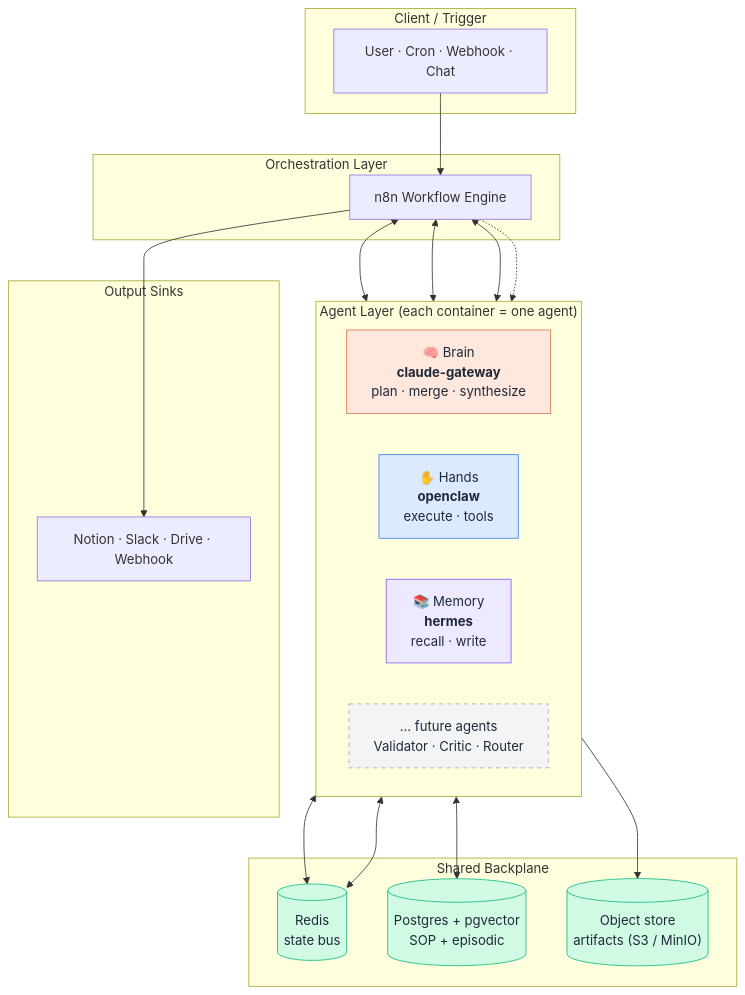
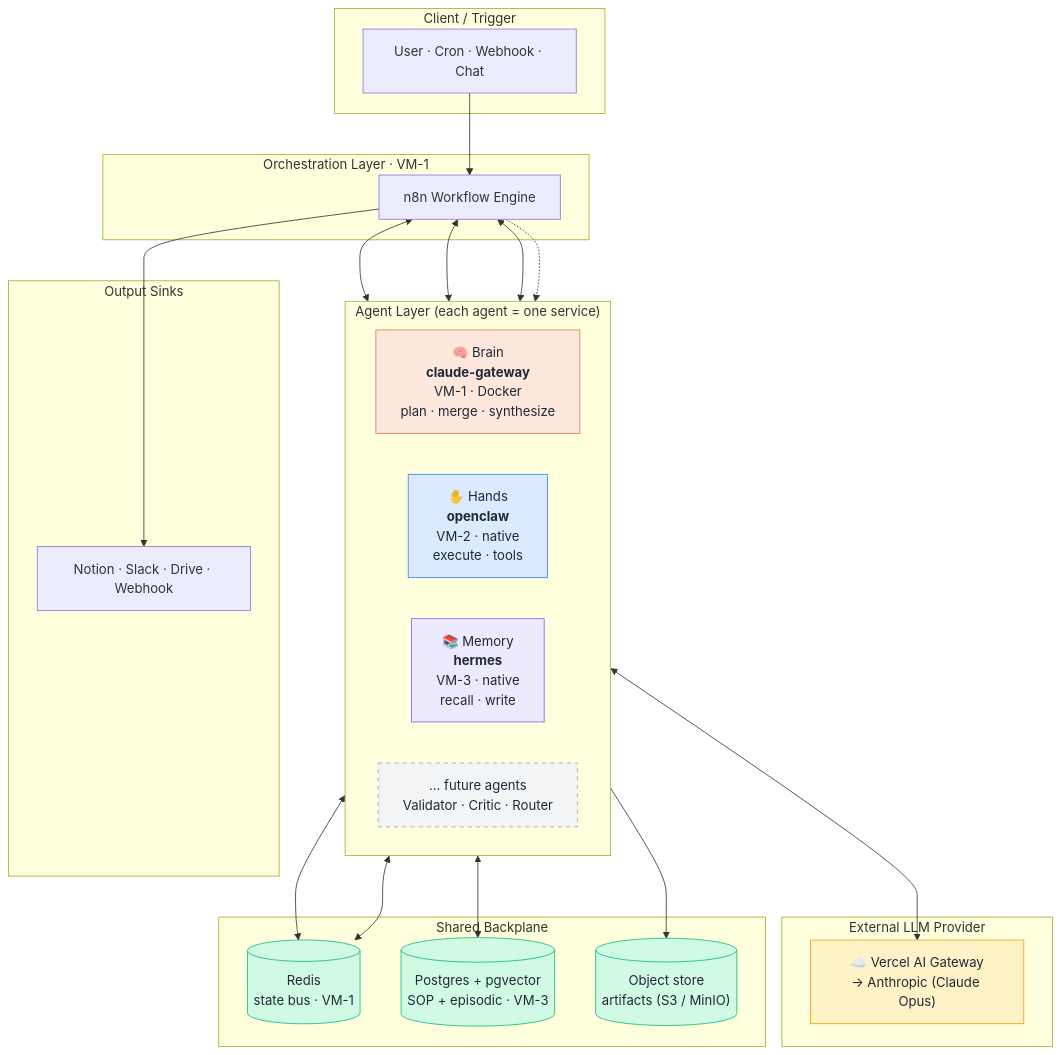
One commit to tonylnng/gateforge-loom changed the first of 6 diagrams in README.md. Above: the diagram before and after it, drawn with Mermaid. The commit also changed other lines of this file, not shown here.

First line of the commit message:
docs: 3-VM hybrid topology + Vercel AI Gateway + native install guides

````diff
--- a/README.md
+++ b/README.md
@@ -91,50 +108,57 @@
 ```mermaid
 flowchart TB
     subgraph Client["Client / Trigger"]
         U["User · Cron · Webhook · Chat"]
     end
 
-    subgraph Orchestration["Orchestration Layer"]
+    subgraph Orchestration["Orchestration Layer · VM-1"]
         N["n8n Workflow Engine"]
     end
 
-    subgraph Agents["Agent Layer (each container = one agent)"]
+    subgraph Agents["Agent Layer (each agent = one service)"]
         direction LR
-        B["🧠 Brain<br/><b>claude-gateway</b><br/>plan · merge · synthesize"]
-        H["✋ Hands<br/><b>openclaw</b><br/>execute · tools"]
-        M["📚 Memory<br/><b>hermes</b><br/>recall · write"]
-        F["… future agents<br/>Validator · Critic · Router"]
+        B["🧠 Brain<br/><b>claude-gateway</b><br/>VM-1 · Docker<br/>plan · merge · synthesize"]
+        H["✋ Hands<br/><b>openclaw</b><br/>VM-2 · native<br/>execute · tools"]
+        M["📚 Memory<br/><b>hermes</b><br/>VM-3 · native<br/>recall · write"]
+        FA["… future agents<br/>Validator · Critic · Router"]
+    end
+
+    subgraph External["External LLM Provider"]
+        V["☁️ Vercel AI Gateway<br/>→ Anthropic (Claude Opus)"]
     end
 
     subgraph Backplane["Shared Backplane"]
-        R[("Redis<br/>state bus")]
-        P[("Postgres + pgvector<br/>SOP + episodic")]
+        R[("Redis<br/>state bus · VM-1")]
+        P[("Postgres + pgvector<br/>SOP + episodic · VM-3")]
         S[("Object store<br/>artifacts (S3 / MinIO)")]
     end
 
     subgraph Sinks["Output Sinks"]
         O["Notion · Slack · Drive · Webhook"]
     end
 
     U --> N
     N <--> B
     N <--> H
     N <--> M
-    N -.-> F
+    N -.-> FA
+    B <--> V
     B <--> R
     H <--> R
     H --> S
     M <--> P
     N --> O
 
     classDef brain   fill:#FEE7DC,stroke:#D97757,color:#1F2937;
     classDef hands   fill:#DBEAFE,stroke:#3B82F6,color:#1F2937;
     classDef memory  fill:#EDE9FE,stroke:#8B5CF6,color:#1F2937;
     classDef future  fill:#F3F4F6,stroke:#9CA3AF,color:#1F2937,stroke-dasharray: 5 5;
     classDef store   fill:#D1FAE5,stroke:#10B981,color:#1F2937;
+    classDef ext     fill:#FEF3C7,stroke:#F59E0B,color:#1F2937;
     class B brain
     class H hands
     class M memory
-    class F future
+    class FA future
     class R,P,S store
+    class V ext
 ```
````
